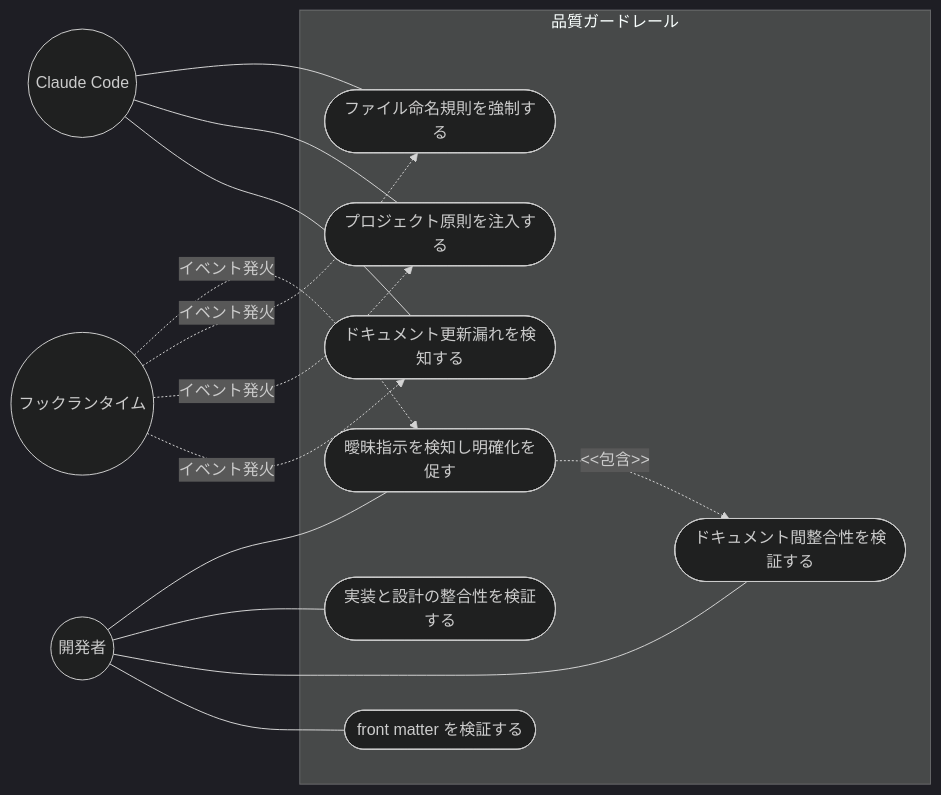
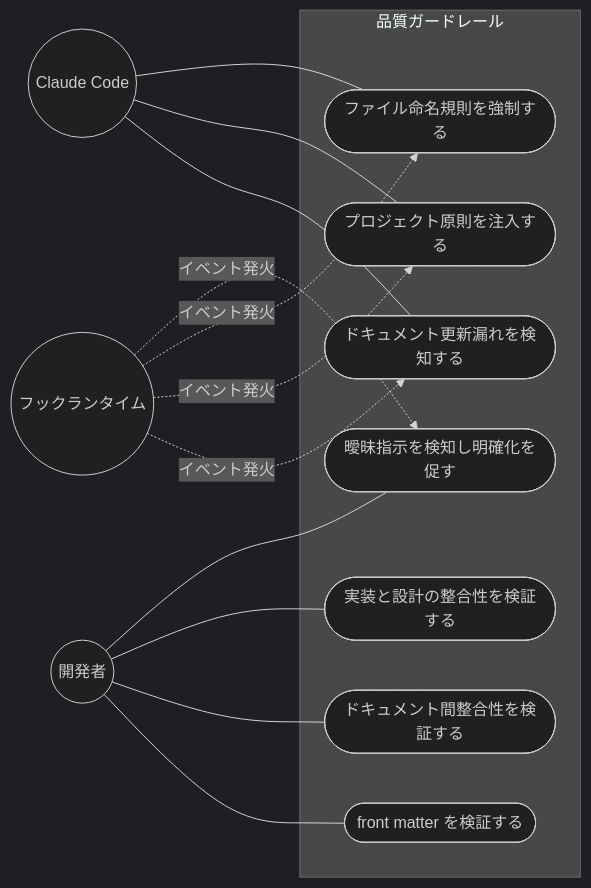
Before and after one commit to ToshikiImagawa/ai-sdd-workflow: the first of 5 diagrams in .sdd/requirement/quality-guardrails.md, drawn with Mermaid. The commit also changed other lines of this file and 4 other files, not shown here.

First line of the commit message:
[fix] 6 PRD の横断レビュー指摘を修正し要求図の記法規約を明文化

````diff
--- a/.sdd/requirement/quality-guardrails.md
+++ b/.sdd/requirement/quality-guardrails.md
@@ -51,30 +51,29 @@
 ```mermaid
 %%{init: {'theme': 'dark'}}%%
 flowchart LR
     Developer((開発者))
     ClaudeCode((Claude Code))
     HookRuntime((フックランタイム))
 
     subgraph QualityGuardrails["品質ガードレール"]
         DetectVibe([曖昧指示を検知し明確化を促す])
         EnforceNaming([ファイル命名規則を強制する])
         InjectPrinciples([プロジェクト原則を注入する])
         DetectStale([ドキュメント更新漏れを検知する])
         CheckSpec([実装と設計の整合性を検証する])
         CheckDocs([ドキュメント間整合性を検証する])
         ValidateFM([front matter を検証する])
     end
 
     Developer --- DetectVibe
     Developer --- CheckSpec
     Developer --- CheckDocs
     Developer --- ValidateFM
     ClaudeCode --- EnforceNaming
     ClaudeCode --- InjectPrinciples
     ClaudeCode --- DetectStale
     HookRuntime -.->|"イベント発火"| DetectVibe
     HookRuntime -.->|"イベント発火"| EnforceNaming
     HookRuntime -.->|"イベント発火"| InjectPrinciples
     HookRuntime -.->|"イベント発火"| DetectStale
-    DetectVibe -.->|"<<包含>>"| CheckDocs
 ```
````
